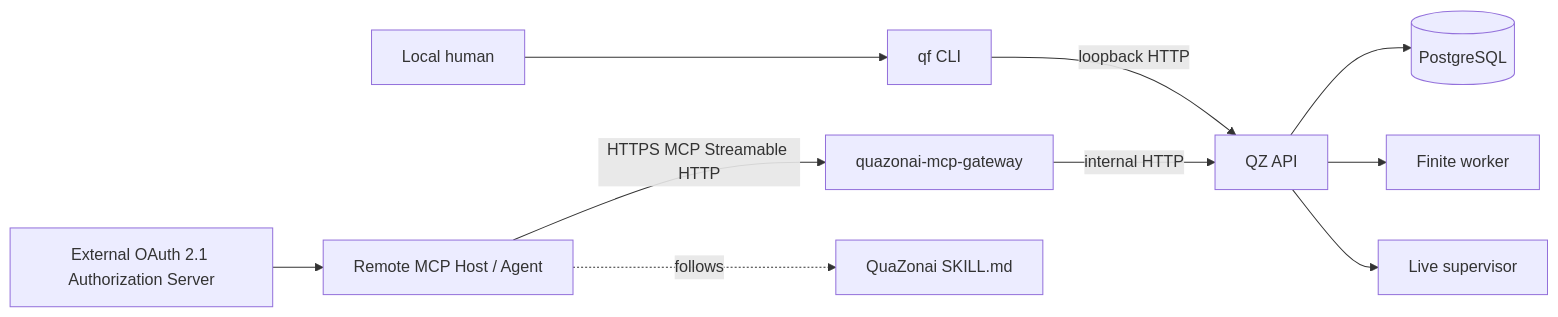
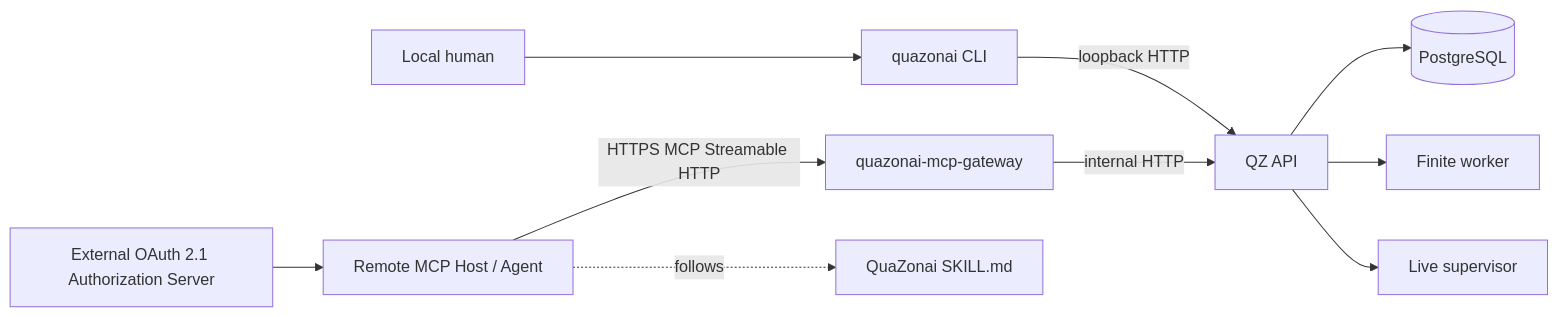
One commit to zhengui666/QuaZonai changed the diagram in CLI.md. Above: the diagram before and after it, drawn with Mermaid. The commit also changed other lines of this file and 5 other files, not shown here.

````diff
--- a/CLI.md
+++ b/CLI.md
@@ -113,15 +113,15 @@
 ```mermaid
 flowchart LR
-    H[Local human] --> CLI[qf CLI]
+    H[Local human] --> CLI[quazonai CLI]
     CLI -->|loopback HTTP| API[QZ API]
 
     A[Remote MCP Host / Agent] -->|HTTPS MCP Streamable HTTP| GW[quazonai-mcp-gateway]
     AS[External OAuth 2.1 Authorization Server] --> A
     GW -->|internal HTTP| API
 
     API --> DB[(PostgreSQL)]
     API --> FW[Finite worker]
     API --> LS[Live supervisor]
 
     A -. follows .-> SK[QuaZonai SKILL.md]
 ```
````
